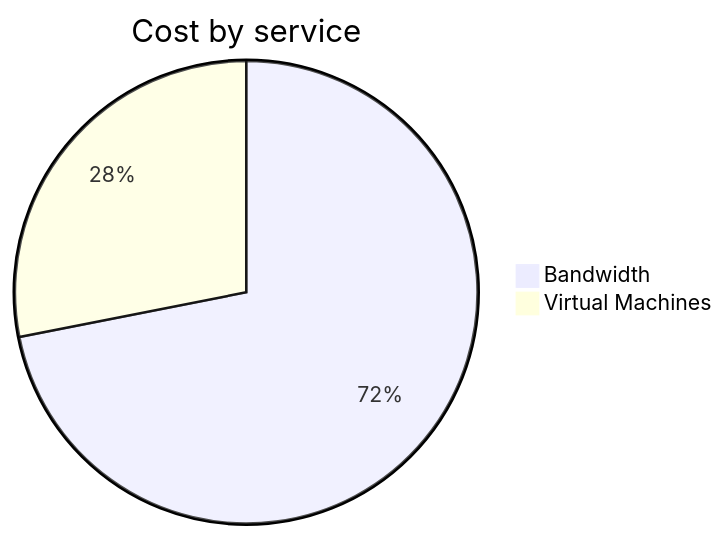
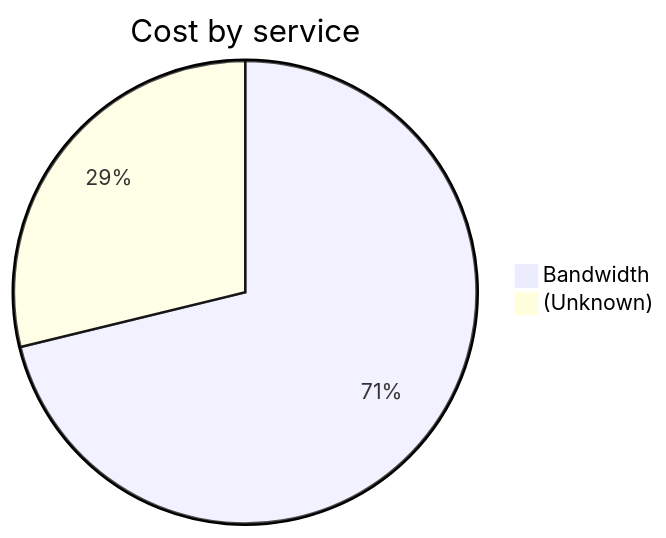
One commit to jpfulton/azure-personal-reports changed the second of 4 diagrams in cost-reports/personal-network/vpn-server.md. Above: the diagram before and after it, drawn with Mermaid. The commit also changed other lines of this file and 8 other files, not shown here.

````diff
--- a/cost-reports/personal-network/vpn-server.md
+++ b/cost-reports/personal-network/vpn-server.md
@@ -92,6 +92,6 @@
 ```mermaid
 pie
    title Cost by service
-   "Bandwidth" : 12.23
-   "Virtual Machines" : 4.78
+   "Bandwidth" : 12.26
+   "(Unknown)" : 4.96
 ```
````
